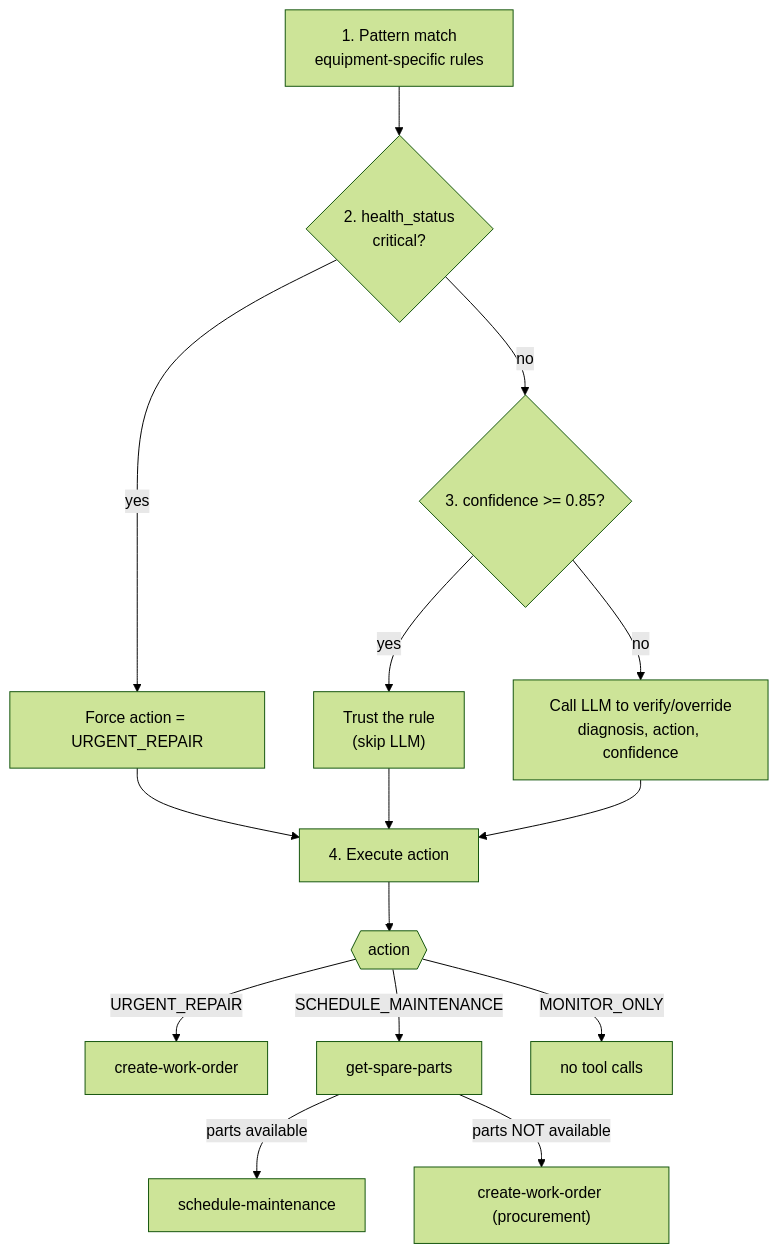
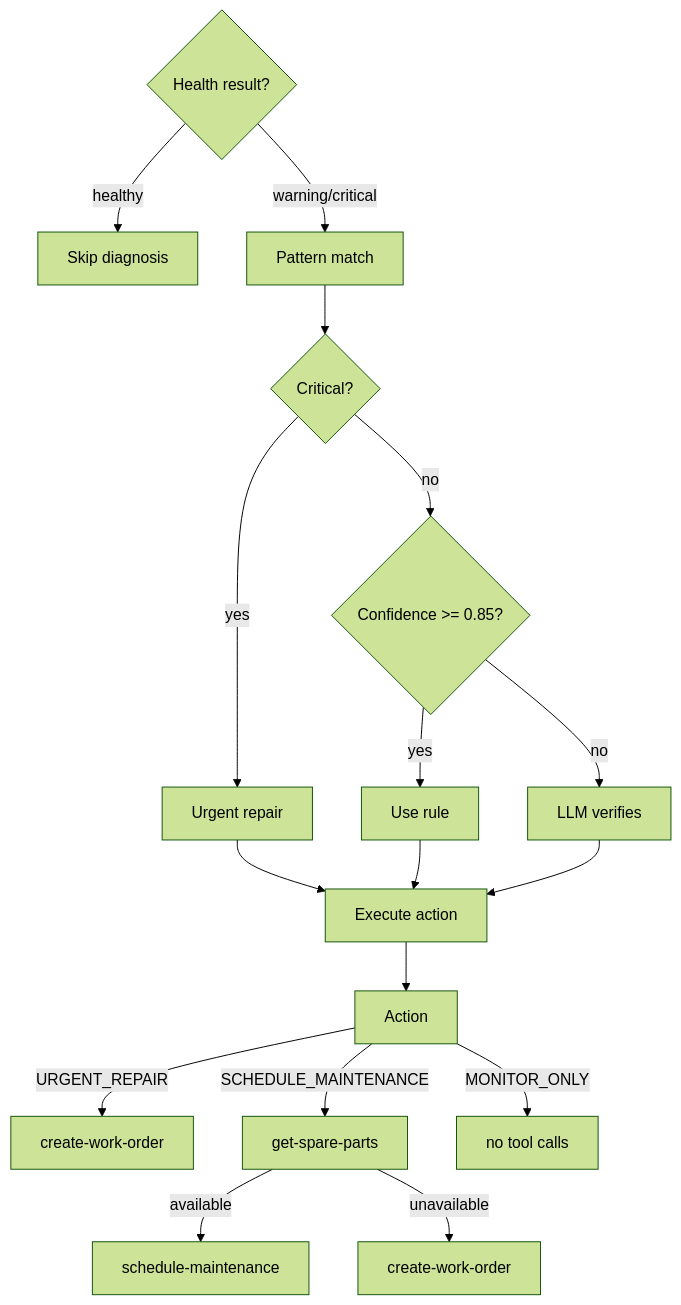
The first of 3 diagrams in ARCHITECTURE.md (Tapani-V/agentic-eco-sentinel-team02), drawn with Mermaid (forest theme) before and after one commit.

Commit message:
docs: compact architecture decision flow

````diff
--- a/ARCHITECTURE.md
+++ b/ARCHITECTURE.md
@@ -26,17 +26,19 @@
 ```mermaid
 flowchart TD
-    A["1. Pattern match\nequipment-specific rules"] --> B{"2. health_status\ncritical?"}
-    B -- yes --> C["Force action = URGENT_REPAIR"]
-    B -- no --> D{"3. confidence >= 0.85?"}
-    D -- yes --> E["Trust the rule\n(skip LLM)"]
-    D -- no --> F["Call LLM to verify/override\ndiagnosis, action, confidence"]
-    C --> G["4. Execute action"]
+    H{"Health result?"} -- healthy --> N["Skip diagnosis"]
+    H -- warning/critical --> A["Pattern match"]
+    A --> B{"Critical?"}
+    B -- yes --> C["Urgent repair"]
+    B -- no --> D{"Confidence >= 0.85?"}
+    D -- yes --> E["Use rule"]
+    D -- no --> F["LLM verifies"]
+    C --> G["Execute action"]
     E --> G
     F --> G
-    G --> H{{action}}
-    H -- URGENT_REPAIR --> I["create-work-order"]
-    H -- SCHEDULE_MAINTENANCE --> J["get-spare-parts"]
-    J -- parts available --> J1["schedule-maintenance"]
-    J -- parts NOT available --> J2["create-work-order (procurement)"]
-    H -- MONITOR_ONLY --> K["no tool calls"]
+    G --> Action["Action"]
+    Action -- URGENT_REPAIR --> I["create-work-order"]
+    Action -- SCHEDULE_MAINTENANCE --> J["get-spare-parts"]
+    J -- available --> J1["schedule-maintenance"]
+    J -- unavailable --> J2["create-work-order"]
+    Action -- MONITOR_ONLY --> K["no tool calls"]
 ```
````
